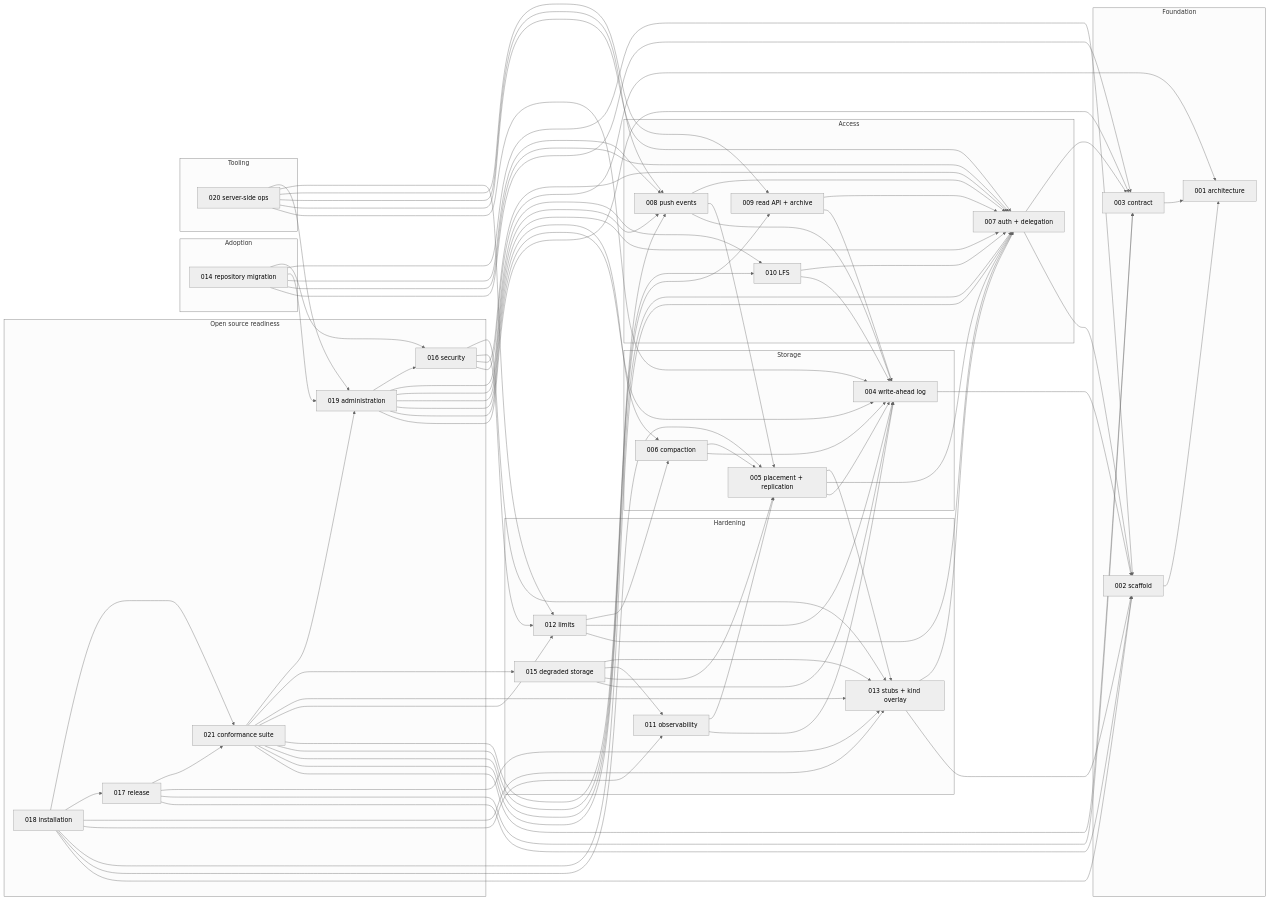
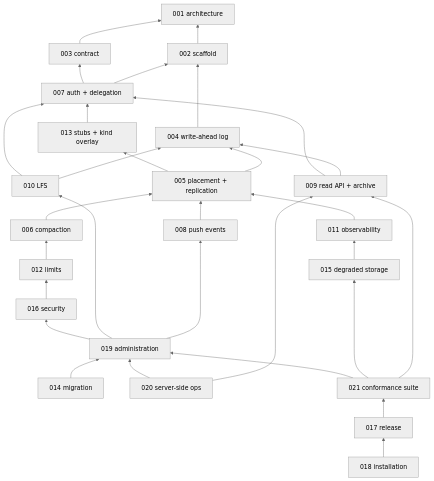
The second of 2 diagrams in specs/README.md (latere-ai/origo), drawn with Mermaid (neutral theme) before and after one commit. The commit also changed other lines of this file, not shown here.

Commit message:
specs: the dependency graph is the transitive reduction, drawn bottom-up, and the index carries the literal depends_on
The graph drew all 71 depends_on edges over 21 nodes inside seven
subgraphs, which laid out 2778 px wide. GitHub scales that into a
~900 px column, so the 16 px labels reached the reader at about 5 px
and the diagram was legible only zoomed.

The reduction leaves 29 arrows and lays out 1059 px wide, a 0.85 scale
in the same column. Reachability is identical, so no dependency is
lost from the picture, but the literal per-spec set no longer reads off
the arrows: the index gains a Builds on column that carries it, and the
prose says an undrawn arrow is not an absent dependency.

The subgraphs are dropped: with them the reduction still lays out
1859 px wide. The build order table already groups the specs by phase.

````diff
--- a/specs/README.md
+++ b/specs/README.md
@@ -85,109 +93,53 @@
 ```mermaid
-flowchart LR
-  subgraph F[Foundation]
-    S001[001 architecture]
-    S002[002 scaffold]
-    S003[003 contract]
-  end
-  subgraph S[Storage]
-    S004[004 write-ahead log]
-    S005[005 placement + replication]
-    S006[006 compaction]
-  end
-  subgraph A[Access]
-    S007[007 auth + delegation]
-    S008[008 push events]
-    S009[009 read API + archive]
-    S010[010 LFS]
-  end
-  subgraph H[Hardening]
-    S011[011 observability]
-    S012[012 limits]
-    S013[013 stubs + kind overlay]
-    S015[015 degraded storage]
-  end
-  subgraph O[Open source readiness]
-    S016[016 security]
-    S017[017 release]
-    S018[018 installation]
-    S019[019 administration]
-    S021[021 conformance suite]
-  end
-  subgraph M[Adoption]
-    S014[014 repository migration]
-  end
-  subgraph T[Tooling]
-    S020[020 server-side ops]
-  end
+flowchart BT
+  S001[001 architecture]
+  S002[002 scaffold]
+  S003[003 contract]
+  S004[004 write-ahead log]
+  S005[005 placement + replication]
+  S006[006 compaction]
+  S007[007 auth + delegation]
+  S008[008 push events]
+  S009[009 read API + archive]
+  S010[010 LFS]
+  S011[011 observability]
+  S012[012 limits]
+  S013[013 stubs + kind overlay]
+  S014[014 migration]
+  S015[015 degraded storage]
+  S016[016 security]
+  S017[017 release]
+  S018[018 installation]
+  S019[019 administration]
+  S020[020 server-side ops]
+  S021[021 conformance suite]
   S002 --> S001
   S003 --> S001
   S004 --> S002
   S005 --> S004
-  S005 --> S007
   S005 --> S013
-  S006 --> S004
   S006 --> S005
   S007 --> S002
   S007 --> S003
-  S008 --> S004
   S008 --> S005
-  S008 --> S007
   S009 --> S004
   S009 --> S007
   S010 --> S004
   S010 --> S007
-  S011 --> S004
   S011 --> S005
-  S012 --> S007
-  S012 --> S004
   S012 --> S006
-  S013 --> S002
   S013 --> S007
-  S014 --> S003
-  S014 --> S007
-  S014 --> S008
   S014 --> S019
-  S014 --> S002
-  S014 --> S016
-  S015 --> S004
-  S015 --> S005
   S015 --> S011
-  S015 --> S013
-  S016 --> S001
-  S016 --> S007
   S016 --> S012
-  S016 --> S013
-  S017 --> S002
-  S017 --> S003
-  S017 --> S013
   S017 --> S021
-  S018 --> S002
-  S018 --> S005
-  S018 --> S007
-  S018 --> S011
-  S018 --> S013
   S018 --> S017
-  S018 --> S021
-  S019 --> S003
-  S019 --> S004
-  S019 --> S006
-  S019 --> S007
   S019 --> S008
   S019 --> S010
   S019 --> S016
-  S020 --> S004
-  S020 --> S007
-  S020 --> S008
   S020 --> S009
-  S020 --> S012
   S020 --> S019
-  S021 --> S003
-  S021 --> S007
-  S021 --> S008
   S021 --> S009
-  S021 --> S010
-  S021 --> S012
-  S021 --> S013
   S021 --> S015
   S021 --> S019
 ```
````
